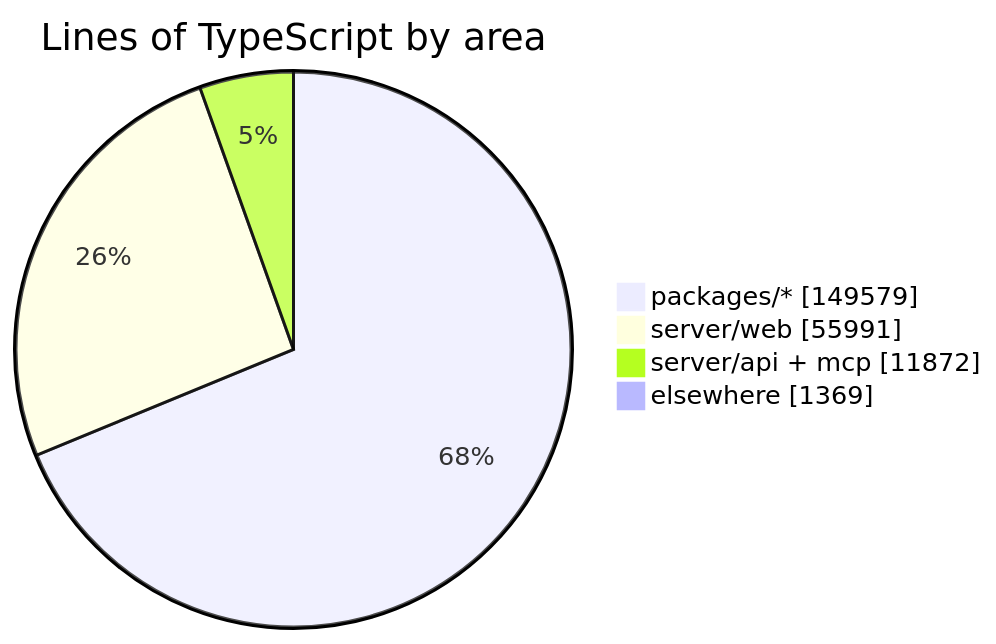
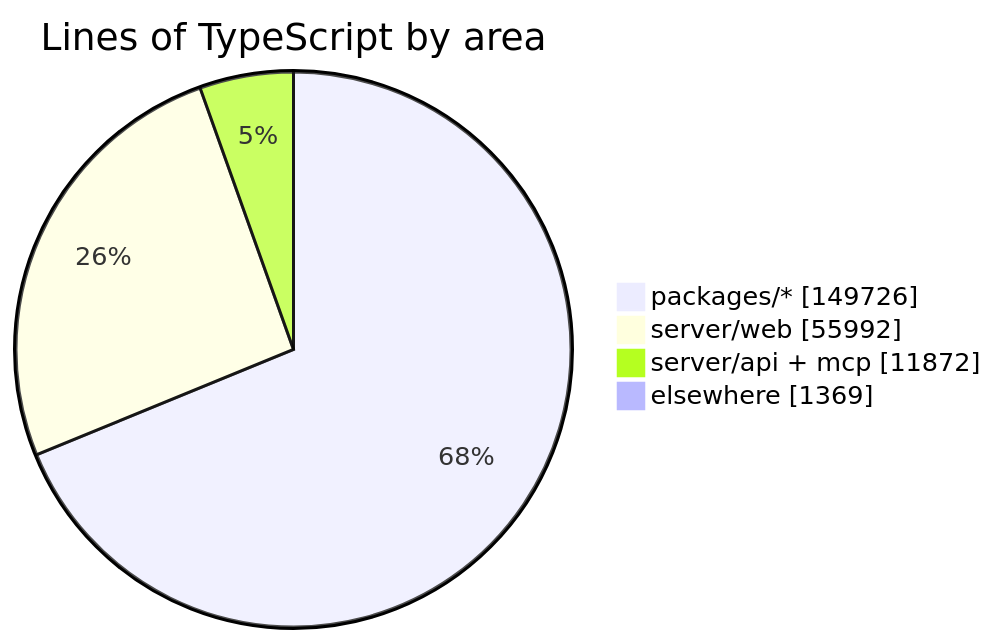
One commit to crossworks-engineering/mantle changed the diagram in README.md. Above: the diagram before and after it, drawn with Mermaid. The commit also changed other lines of this file and 2 other files, not shown here.

````diff
--- a/README.md
+++ b/README.md
@@ -279,7 +279,7 @@
 ```mermaid
 pie showData title Lines of TypeScript by area
-    "packages/*" : 149579
-    "server/web" : 55991
+    "packages/*" : 149726
+    "server/web" : 55992
     "server/api + mcp" : 11872
     "elsewhere" : 1369
 ```
````
